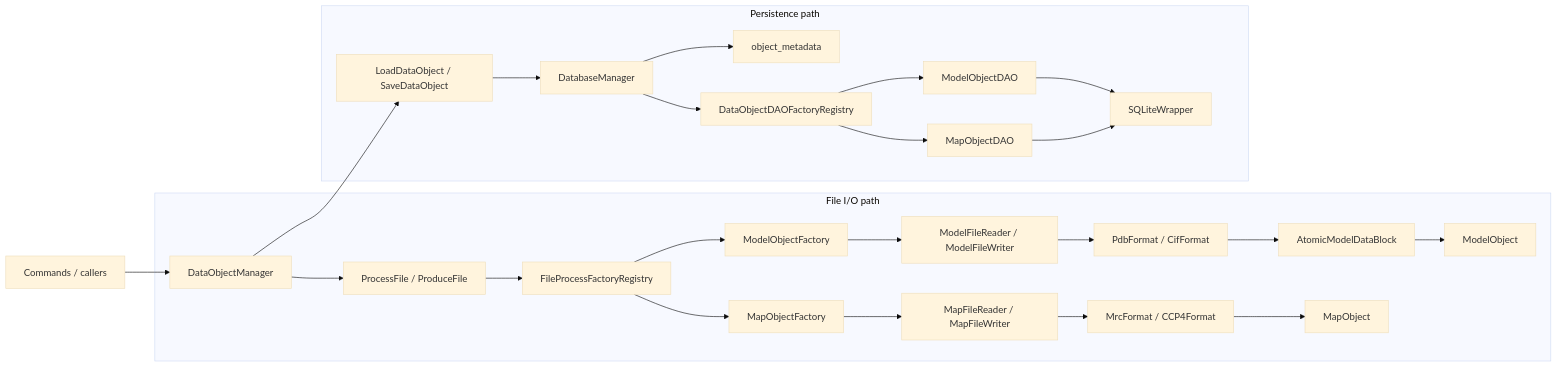
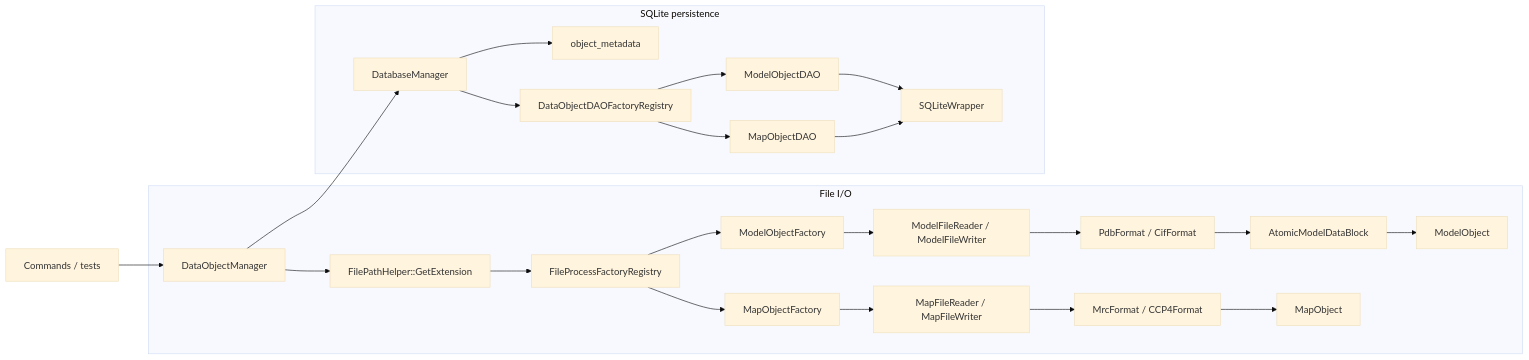
The diagram in docs/developer/architecture/dataobject-io-architecture.md (yslianTim/rhbm_gem), drawn with Mermaid (base theme) before and after one commit. The commit also changed other lines of this file, not shown here.

````diff
--- a/docs/developer/architecture/dataobject-io-architecture.md
+++ b/docs/developer/architecture/dataobject-io-architecture.md
@@ -32,31 +69,28 @@
 ```mermaid
 flowchart LR
-    A["Commands / callers"] --> B["DataObjectManager"]
+    A["Commands / tests"] --> B["DataObjectManager"]
 
-    subgraph F["File I/O path"]
-        B --> C["ProcessFile / ProduceFile"]
+    subgraph F["File I/O"]
+        B --> C["FilePathHelper::GetExtension"]
         C --> D["FileProcessFactoryRegistry"]
         D --> E["ModelObjectFactory"]
         D --> F2["MapObjectFactory"]
-
         E --> G["ModelFileReader / ModelFileWriter"]
         G --> H["PdbFormat / CifFormat"]
         H --> I["AtomicModelDataBlock"]
         I --> J["ModelObject"]
-
         F2 --> K["MapFileReader / MapFileWriter"]
         K --> L["MrcFormat / CCP4Format"]
         L --> M["MapObject"]
     end
 
-    subgraph P["Persistence path"]
-        B --> N["LoadDataObject / SaveDataObject"]
-        N --> O["DatabaseManager"]
-        O --> P2["object_metadata"]
-        O --> Q["DataObjectDAOFactoryRegistry"]
-        Q --> R["ModelObjectDAO"]
-        Q --> S["MapObjectDAO"]
-        R --> T["SQLiteWrapper"]
-        S --> T
+    subgraph P["SQLite persistence"]
+        B --> N["DatabaseManager"]
+        N --> O["object_metadata"]
+        N --> P2["DataObjectDAOFactoryRegistry"]
+        P2 --> Q["ModelObjectDAO"]
+        P2 --> R["MapObjectDAO"]
+        Q --> S["SQLiteWrapper"]
+        R --> S
     end
 ```
````
